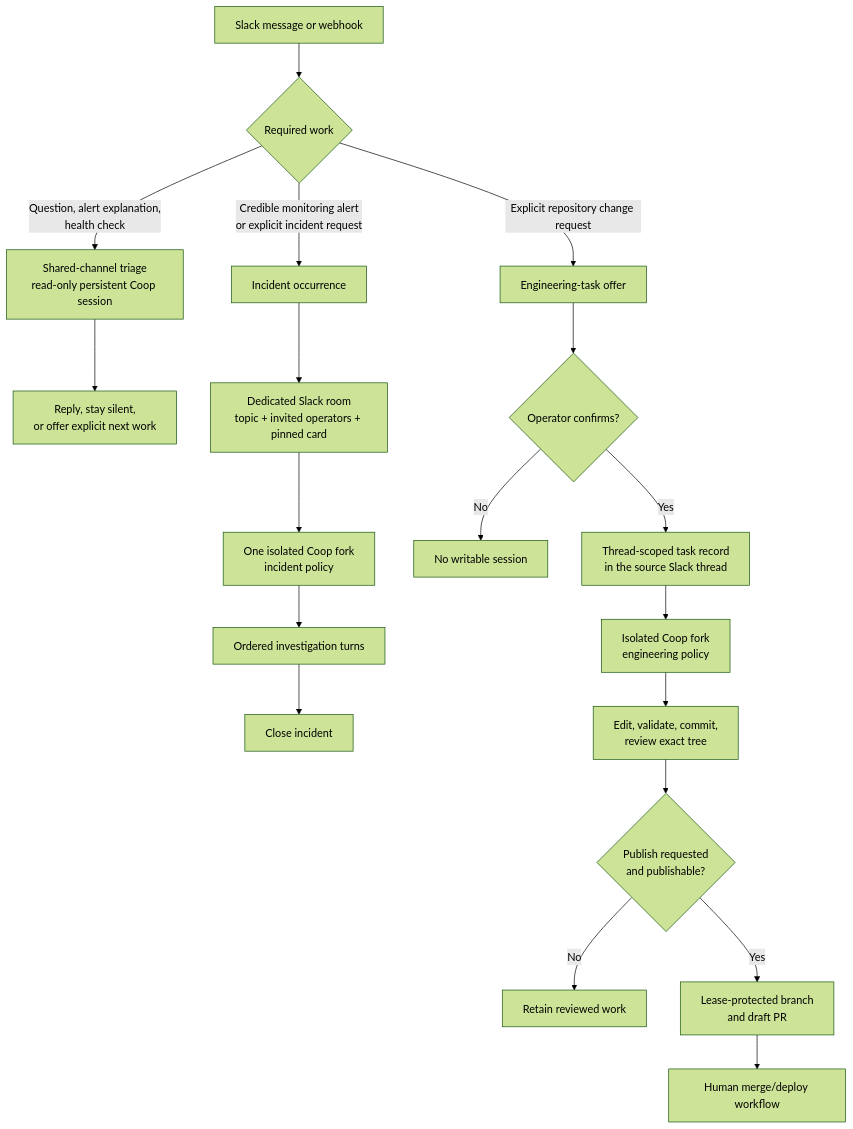
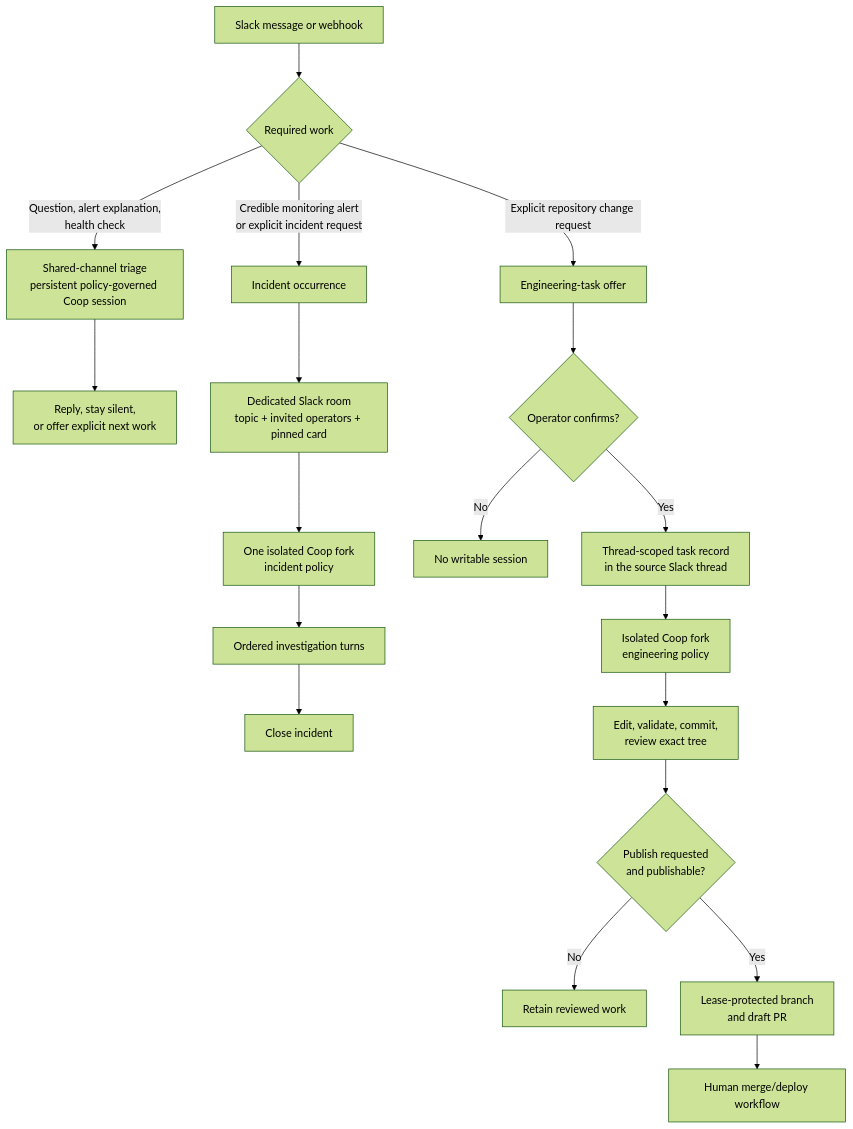
Before and after one commit to AndrewDryga/ryker: the eighth of 11 diagrams in docs/how-responder-works.md, drawn with Mermaid (forest theme). The commit also changed other lines of this file and 18 other files, not shown here.

````diff
--- a/docs/how-responder-works.md
+++ b/docs/how-responder-works.md
@@ -420,24 +420,24 @@
 ```mermaid
 flowchart TD
   Source["Slack message or webhook"] --> Mode{"Required work"}
 
-  Mode -- "Question, alert explanation,<br/>health check" --> Shared["Shared-channel triage<br/>read-only persistent Coop session"]
+  Mode -- "Question, alert explanation,<br/>health check" --> Shared["Shared-channel triage<br/>persistent policy-governed Coop session"]
   Shared --> SharedResult["Reply, stay silent,<br/>or offer explicit next work"]
 
   Mode -- "Credible monitoring alert<br/>or explicit incident request" --> Incident["Incident occurrence"]
   Incident --> Room["Dedicated Slack room<br/>topic + invited operators + pinned card"]
   Room --> IncidentSession["One isolated Coop fork<br/>incident policy"]
   IncidentSession --> Investigate["Ordered investigation turns"]
   Investigate --> CloseIncident["Close incident"]
 
   Mode -- "Explicit repository change request" --> TaskOffer["Engineering-task offer"]
   TaskOffer --> Confirm{"Operator confirms?"}
   Confirm -- No --> NoTask["No writable session"]
   Confirm -- Yes --> ThreadTask["Thread-scoped task record<br/>in the source Slack thread"]
   ThreadTask --> TaskSession["Isolated Coop fork<br/>engineering policy"]
   TaskSession --> Changes["Edit, validate, commit,<br/>review exact tree"]
   Changes --> Publish{"Publish requested<br/>and publishable?"}
   Publish -- No --> Retain["Retain reviewed work"]
   Publish -- Yes --> DraftPR["Lease-protected branch<br/>and draft PR"]
   DraftPR --> External["Human merge/deploy workflow"]
 ```
````
